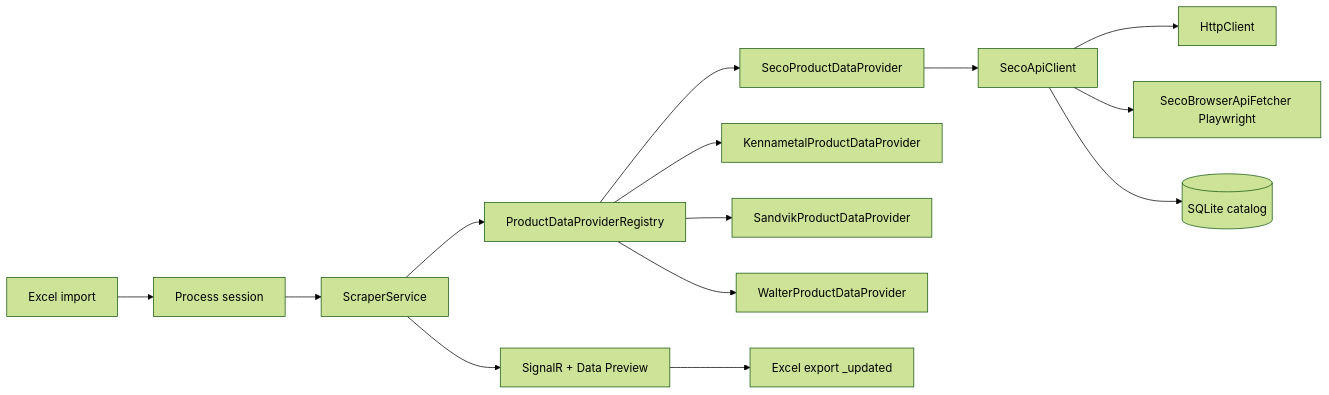
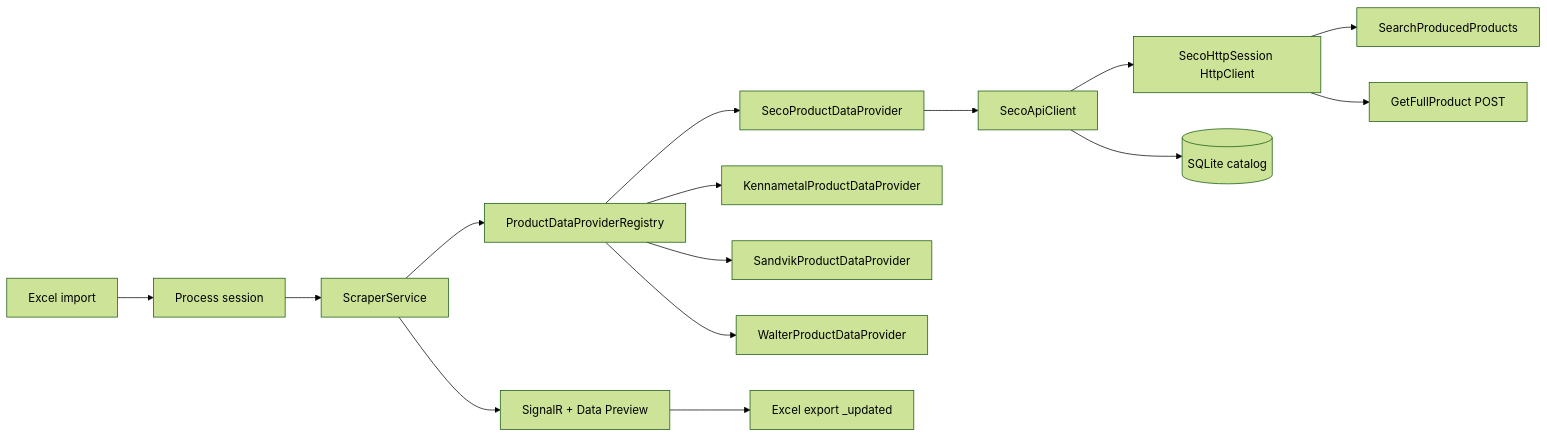
Before and after one commit to HakimHisham1991/Auto-Tool-Catalog: the diagram in README.md, drawn with Mermaid (forest theme). The commit also changed other lines of this file and 53 other files, not shown here.

````diff
--- a/README.md
+++ b/README.md
@@ -34,16 +35,17 @@
 ```mermaid
 flowchart LR
   Excel[Excel import] --> Session[Process session]
   Session --> Scraper[ScraperService]
   Scraper --> Registry[ProductDataProviderRegistry]
   Registry --> SECO[SecoProductDataProvider]
   Registry --> Kennametal[KennametalProductDataProvider]
   Registry --> Sandvik[SandvikProductDataProvider]
   Registry --> Walter[WalterProductDataProvider]
   SECO --> Api[SecoApiClient]
-  Api --> Http[HttpClient]
-  Api --> Browser[SecoBrowserApiFetcher Playwright]
+  Api --> Session2[SecoHttpSession HttpClient]
+  Session2 --> Search[SearchProducedProducts]
+  Session2 --> Product[GetFullProduct POST]
   Api --> SQLite[(SQLite catalog)]
   Scraper --> UI[SignalR + Data Preview]
   UI --> Export[Excel export _updated]
 ```
````
